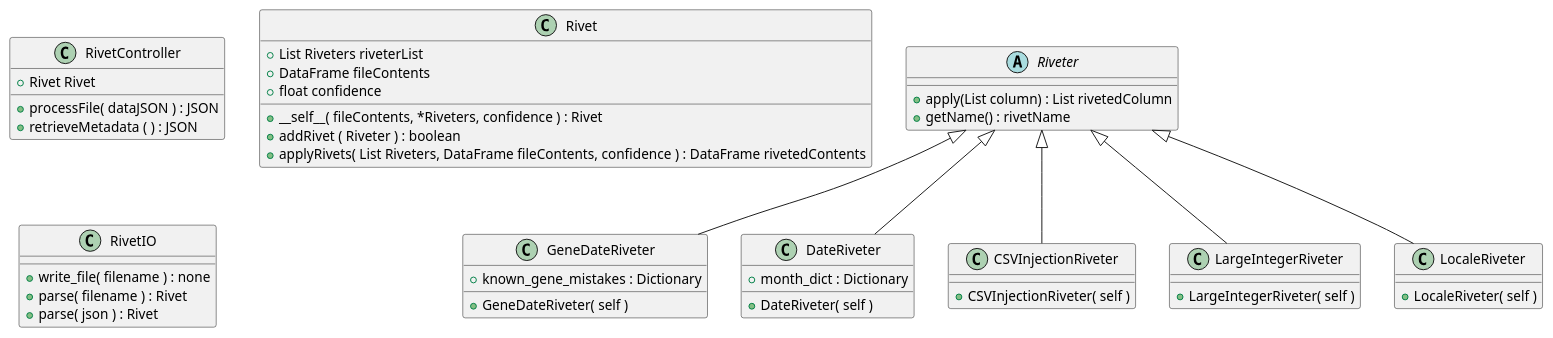
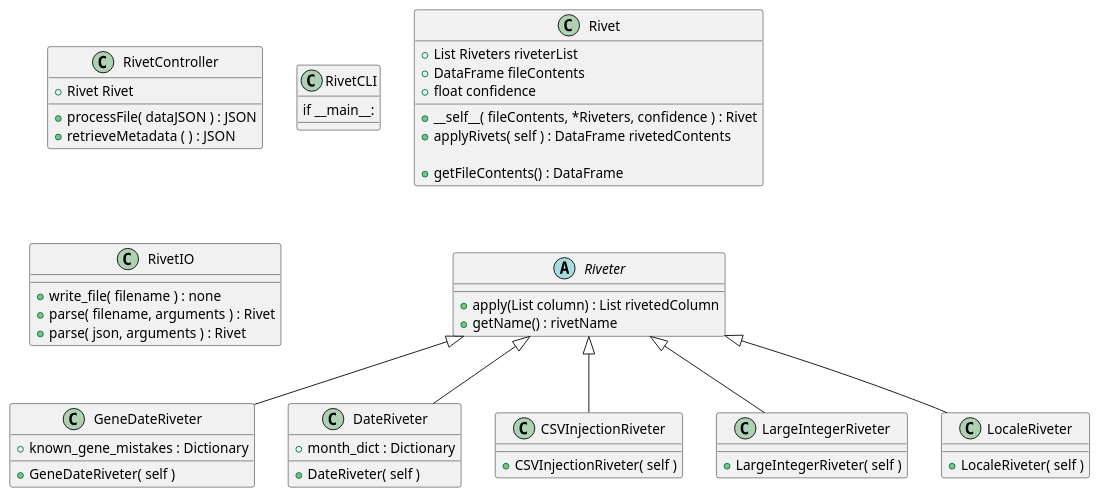
One commit to mwklose/RosieRivet changed the diagram in design/UML_diagram.plantuml. Above: the diagram before and after it, drawn with PlantUML.

Commit message:
Updated UML diagram in Plantuml

```diff
--- a/design/UML_diagram.plantuml
+++ b/design/UML_diagram.plantuml
@@ -1,55 +1,59 @@
 @startuml Rosie-Rivet
 
 class RivetController {
    + Rivet Rivet
    + processFile( dataJSON ) : JSON 
    + retrieveMetadata ( ) : JSON
 }
 
+class RivetCLI {
+    if __main__:
+}
+
 class Rivet {
     + List Riveters riveterList
     + DataFrame fileContents
     + float confidence
 
     + __self__( fileContents, *Riveters, confidence ) : Rivet
-    + addRivet ( Riveter ) : boolean
-    + applyRivets( List Riveters, DataFrame fileContents, confidence ) : DataFrame rivetedContents
+    + applyRivets( self ) : DataFrame rivetedContents
 
-    ' myRivet = Rivet.parseWeb(JSON) is example call
+    + getFileContents() : DataFrame
 }
 
 class RivetIO {
     + write_file( filename ) : none
-    + parse( filename ) : Rivet
-    + parse( json ) : Rivet
+    + parse( filename, arguments ) : Rivet
+    + parse( json, arguments ) : Rivet
 }
 
 abstract class Riveter {
     + apply(List column) : List rivetedColumn
     + getName() : rivetName
 }
 
 class GeneDateRiveter extends Riveter {
     + known_gene_mistakes : Dictionary
     + GeneDateRiveter( self )
 }
 
 class DateRiveter extends Riveter {
     + month_dict : Dictionary
     + DateRiveter( self )
 }
 
 class CSVInjectionRiveter extends Riveter {
     + CSVInjectionRiveter( self )
 }
 
 class LargeIntegerRiveter extends Riveter {
     + LargeIntegerRiveter( self )
 }
 
 class LocaleRiveter extends Riveter {
     + LocaleRiveter( self )
 }
 
-
+' change layout
+Rivet -[hidden]- Riveter
 @enduml
```
